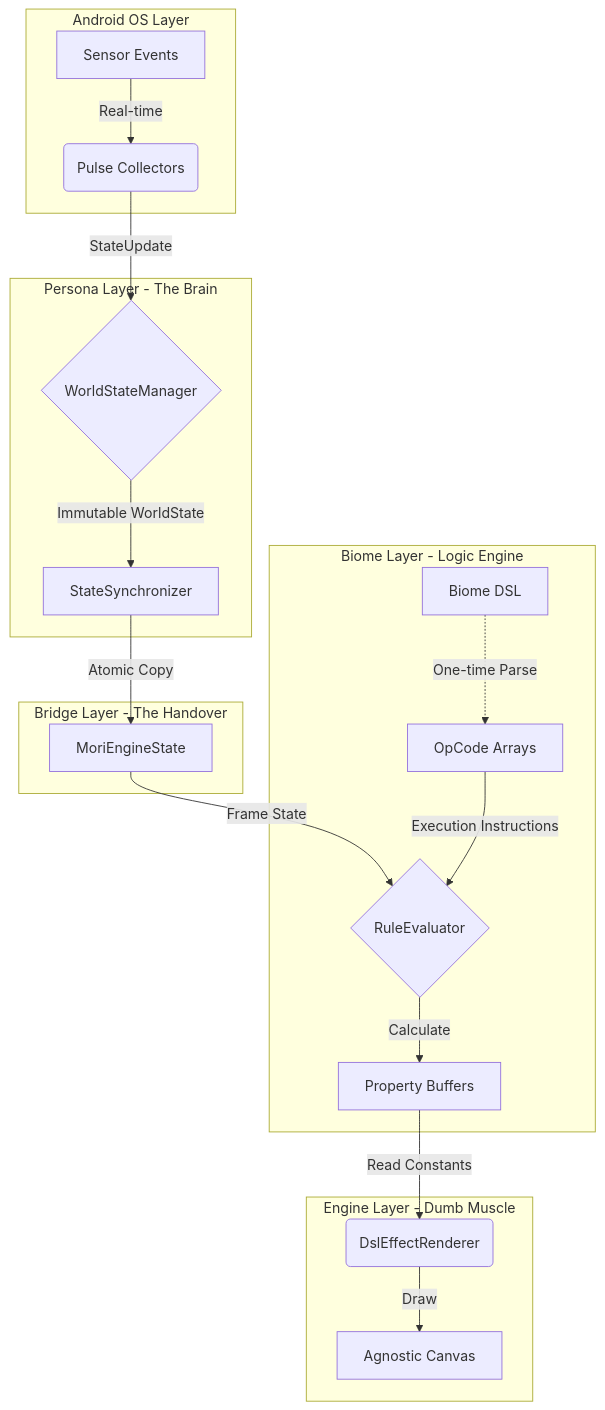
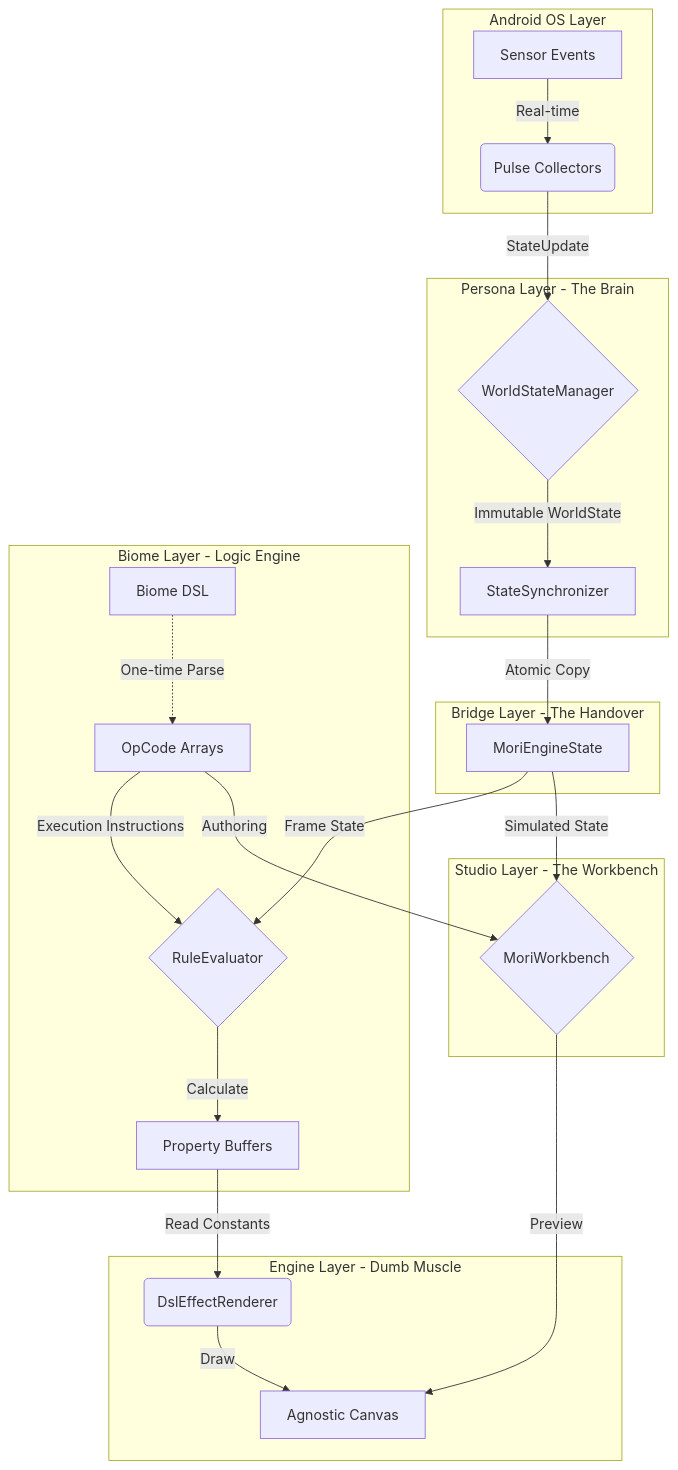
The diagram in docs/ARCHITECTURE.md (ashishekka97/mori), drawn with Mermaid before and after one commit. The commit also changed other lines of this file and 4 other files, not shown here.

Commit message:
docs: Strategic Realignment - Mori Workbench (Phase 8)

````diff
--- a/docs/ARCHITECTURE.md
+++ b/docs/ARCHITECTURE.md
@@ -13,29 +13,35 @@
 ```mermaid
 graph TD
     subgraph OS [Android OS Layer]
         A[Sensor Events] -->|Real-time| B(Pulse Collectors)
     end
 
     subgraph Persona [Persona Layer - The Brain]
         B -->|StateUpdate| E{WorldStateManager}
         E -->|Immutable WorldState| F[StateSynchronizer]
     end
 
     subgraph Bridge [Bridge Layer - The Handover]
         F -->|Atomic Copy| G[MoriEngineState]
     end
 
     subgraph Biome [Biome Layer - Logic Engine]
         JSON[Biome DSL] -.->|One-time Parse| Bytecode[OpCode Arrays]
         
         G -->|Frame State| VM{RuleEvaluator}
         Bytecode -->|Execution Instructions| VM
         
         VM -->|Calculate| Buffer[Property Buffers]
     end
 
     subgraph Engine [Engine Layer - Dumb Muscle]
         Buffer -->|Read Constants| Instruments(DslEffectRenderer)
         Instruments -->|Draw| Canvas[Agnostic Canvas]
     end
+
+    subgraph Studio [Studio Layer - The Workbench]
+        G -->|Simulated State| VW{MoriWorkbench}
+        Bytecode -->|Authoring| VW
+        VW -->|Preview| Canvas
+    end
 ```
````
